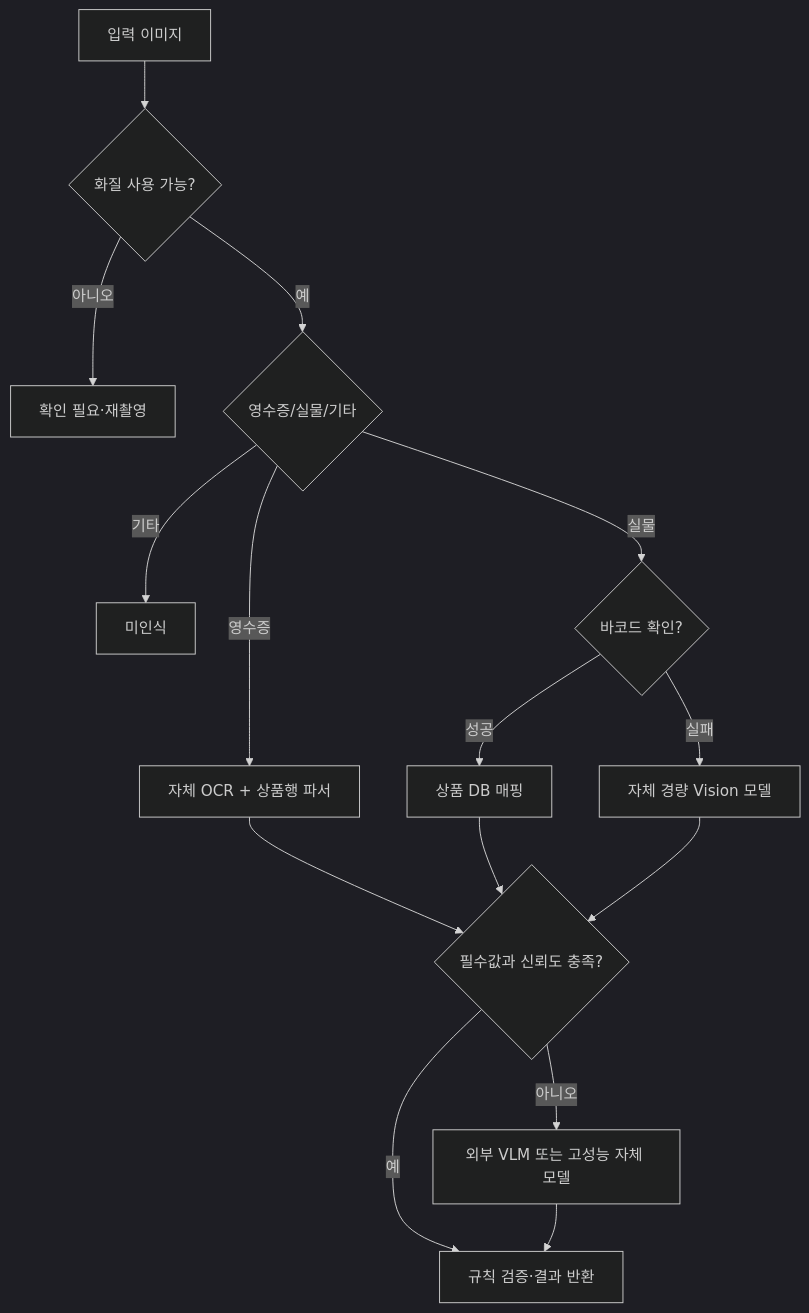
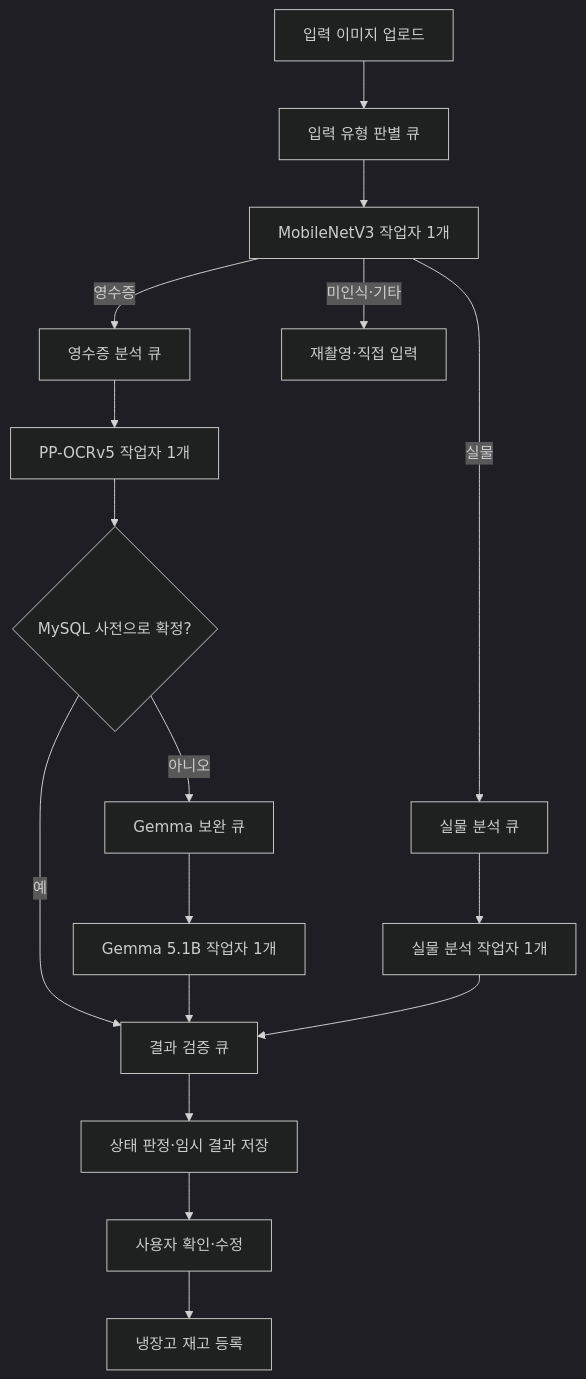
The diagram in README.md (100-hours-a-week/KTB4-5th-AI), drawn with Mermaid (dark theme) before and after one commit. The commit also changed other lines of this file and 3 other files, not shown here.

````diff
--- a/README.md
+++ b/README.md
@@ -87,17 +89,19 @@
 ```mermaid
 flowchart TD
-    I[입력 이미지] --> Q{화질 사용 가능?}
-    Q -- 아니오 --> N[확인 필요·재촬영]
-    Q -- 예 --> D{영수증/실물/기타}
-    D -- 기타 --> U[미인식]
-    D -- 영수증 --> O[자체 OCR + 상품행 파서]
-    D -- 실물 --> B{바코드 확인?}
-    B -- 성공 --> DB[상품 DB 매핑]
-    B -- 실패 --> V[자체 경량 Vision 모델]
-    O --> C{필수값과 신뢰도 충족?}
-    DB --> C
-    V --> C
-    C -- 예 --> P[규칙 검증·결과 반환]
-    C -- 아니오 --> F[외부 VLM 또는 고성능 자체 모델]
-    F --> P
+    I[입력 이미지 업로드] --> TQ[입력 유형 판별 큐]
+    TQ --> T[MobileNetV3 작업자 1개]
+    T -- 영수증 --> RQ[영수증 분석 큐]
+    T -- 실물 --> PQ[실물 분석 큐]
+    T -- 미인식·기타 --> N[재촬영·직접 입력]
+    RQ --> R[PP-OCRv5 작업자 1개]
+    PQ --> P[실물 분석 작업자 1개]
+    R --> D{MySQL 사전으로 확정?}
+    D -- 아니오 --> GQ[Gemma 보완 큐]
+    GQ --> G[Gemma 5.1B 작업자 1개]
+    D -- 예 --> VQ[결과 검증 큐]
+    G --> VQ
+    P --> VQ
+    VQ --> V[상태 판정·임시 결과 저장]
+    V --> U[사용자 확인·수정]
+    U --> F[냉장고 재고 등록]
 ```
````
